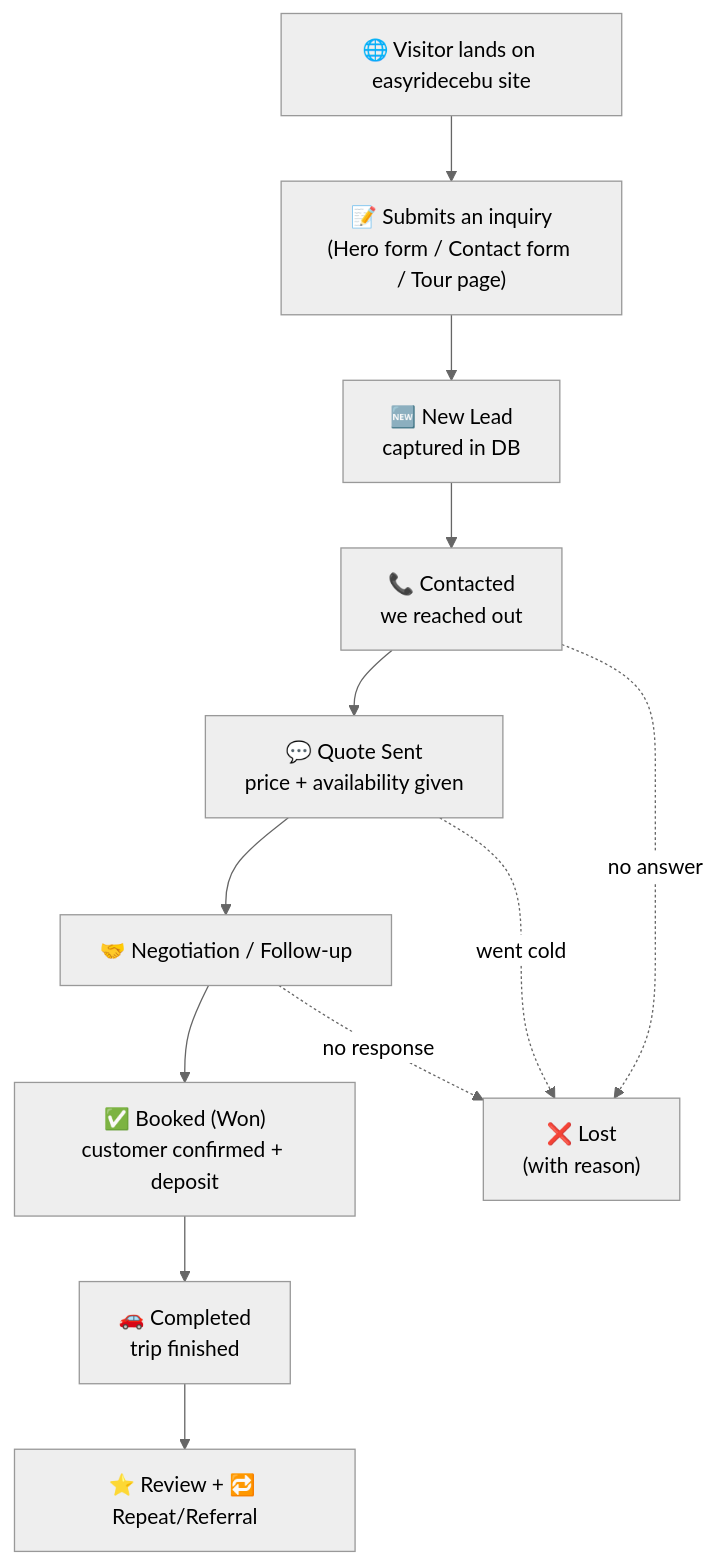
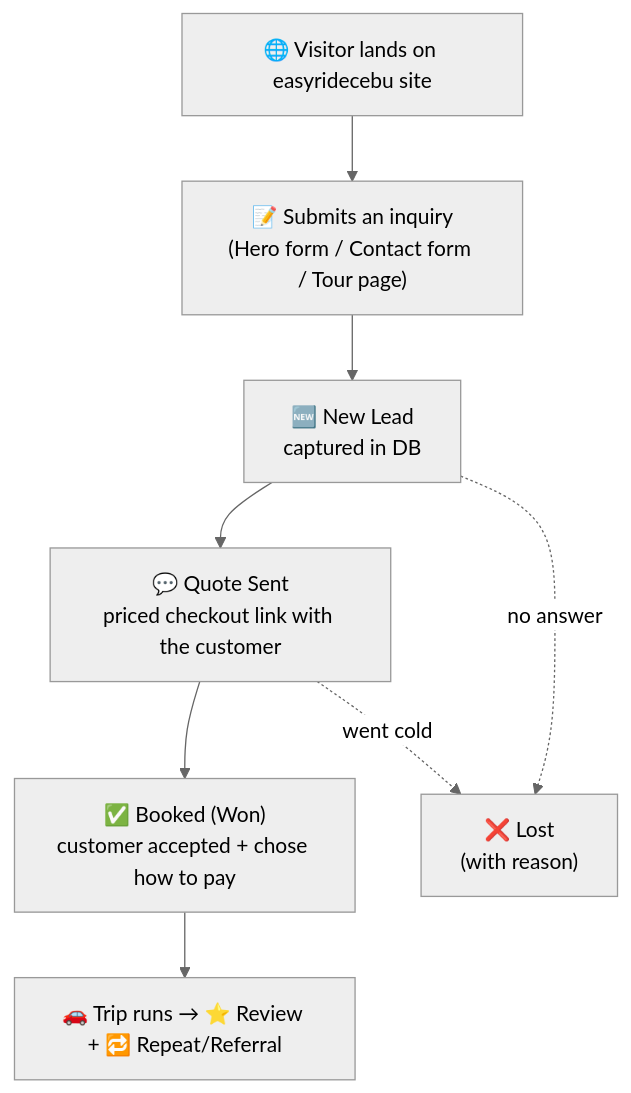
The first of 14 diagrams in docs/CRM_FUNNEL_IMPLEMENTATION_PLAN.md (j-andradeii/easyrides-cebu), drawn with Mermaid (neutral theme) before and after one commit. The commit also changed other lines of this file and 5 other files, not shown here.

````diff
--- a/docs/CRM_FUNNEL_IMPLEMENTATION_PLAN.md
+++ b/docs/CRM_FUNNEL_IMPLEMENTATION_PLAN.md
@@ -84,14 +84,10 @@
 ```mermaid
 flowchart TD
     A["🌐 Visitor lands on easyridecebu site"] --> B["📝 Submits an inquiry<br/>(Hero form / Contact form / Tour page)"]
     B --> C["🆕 New Lead<br/>captured in DB"]
-    C --> D["📞 Contacted<br/>we reached out"]
-    D --> E["💬 Quote Sent<br/>price + availability given"]
-    E --> F["🤝 Negotiation / Follow-up"]
-    F --> G["✅ Booked (Won)<br/>customer confirmed + deposit"]
-    G --> H["🚗 Completed<br/>trip finished"]
-    H --> I["⭐ Review + 🔁 Repeat/Referral"]
-    F -.no response.-> X["❌ Lost<br/>(with reason)"]
-    E -.went cold.-> X
-    D -.no answer.-> X
+    C --> E["💬 Quote Sent<br/>priced checkout link with the customer"]
+    E --> G["✅ Booked (Won)<br/>customer accepted + chose how to pay"]
+    G --> I["🚗 Trip runs → ⭐ Review + 🔁 Repeat/Referral"]
+    E -.went cold.-> X["❌ Lost<br/>(with reason)"]
+    C -.no answer.-> X
 ```
````
